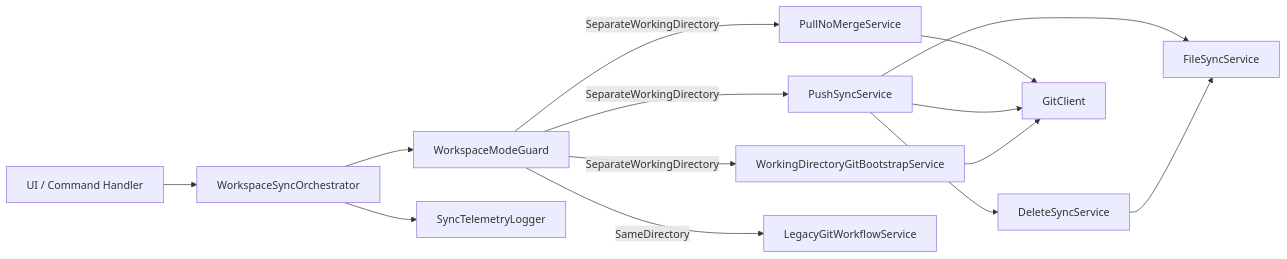
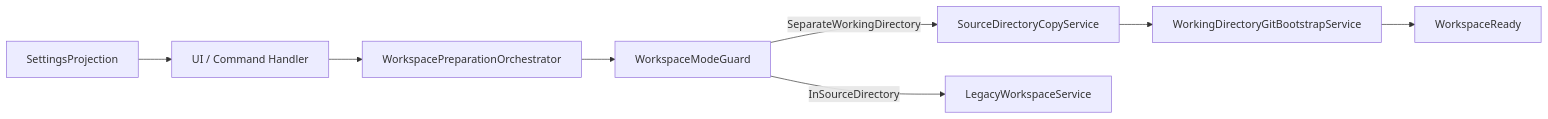
The first of 2 diagrams in docs/architecture/separates-arbeitsverzeichnis-git-init-fallback-architecture-blueprint.md (martin-stromberg/Softwareschmiede), drawn with Mermaid before and after one commit. The commit also changed other lines of this file and 55 other files, not shown here.

````diff
--- a/docs/architecture/separates-arbeitsverzeichnis-git-init-fallback-architecture-blueprint.md
+++ b/docs/architecture/separates-arbeitsverzeichnis-git-init-fallback-architecture-blueprint.md
@@ -20,16 +22,10 @@
 ```mermaid
 flowchart LR
-    UI[UI / Command Handler] --> ORCH[WorkspaceSyncOrchestrator]
+    UI[UI / Command Handler] --> ORCH[WorkspacePreparationOrchestrator]
     ORCH --> MODE[WorkspaceModeGuard]
-    MODE -->|SeparateWorkingDirectory| PULL[PullNoMergeService]
-    MODE -->|SeparateWorkingDirectory| PUSH[PushSyncService]
-    MODE -->|SeparateWorkingDirectory| INIT[WorkingDirectoryGitBootstrapService]
-    MODE -->|SameDirectory| LEGACY[LegacyGitWorkflowService]
-    PUSH --> DEL[DeleteSyncService]
-    PULL --> GIT[GitClient]
-    PUSH --> GIT
-    INIT --> GIT
-    PUSH --> FS[FileSyncService]
-    DEL --> FS
-    ORCH --> LOG[SyncTelemetryLogger]
+    MODE -->|SeparateWorkingDirectory| COPY[SourceDirectoryCopyService]
+    COPY --> INIT[WorkingDirectoryGitBootstrapService]
+    INIT --> READY[WorkspaceReady]
+    MODE -->|InSourceDirectory| LEGACY[LegacyWorkspaceService]
+    SETTINGS[SettingsProjection] --> UI
 ```
````
